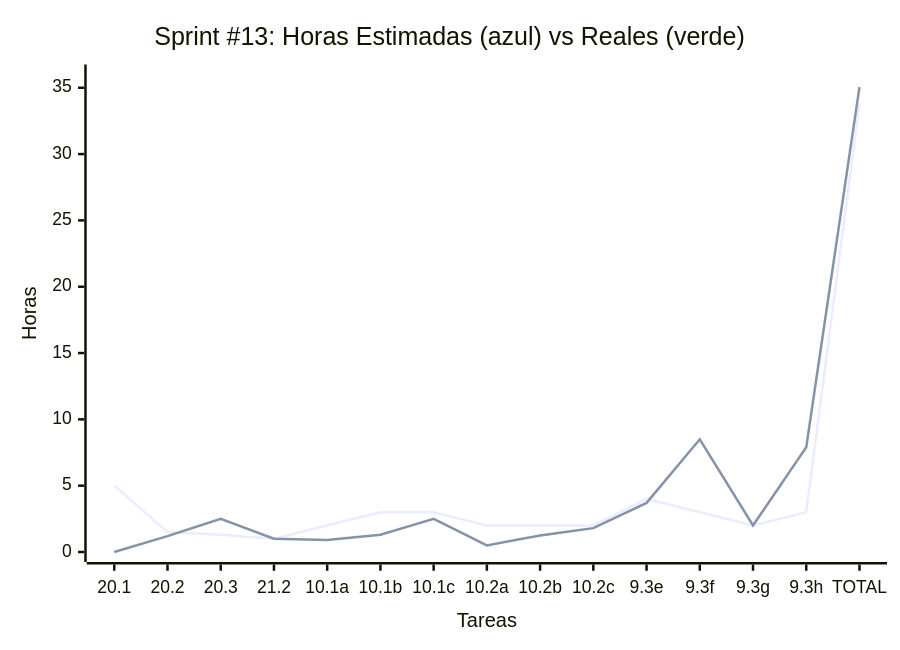
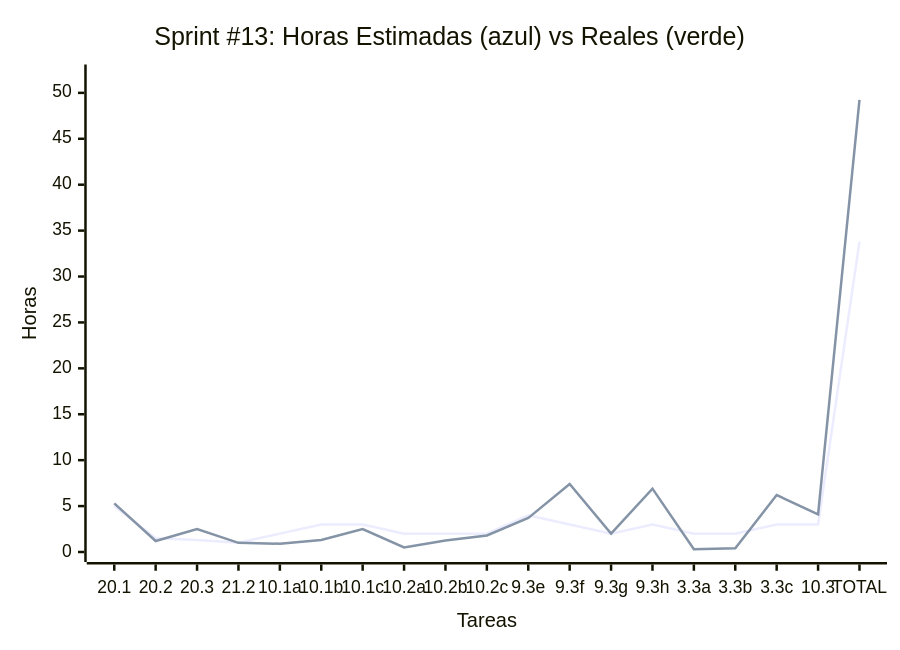
One commit to MarkMed/FleetMan changed diagram 13 of 13 in docs/SprintsPlanning.md. Above: the diagram before and after it, drawn with Mermaid. The commit also changed other lines of this file, not shown here.

````diff
--- a/docs/SprintsPlanning.md
+++ b/docs/SprintsPlanning.md
@@ -738,9 +738,9 @@
 ```mermaid
 xychart-beta
     title "Sprint #13: Horas Estimadas (azul) vs Reales (verde)"
-    x-axis "Tareas" ["20.1", "20.2", "20.3", "21.2", "10.1a", "10.1b", "10.1c", "10.2a", "10.2b", "10.2c", "9.3e", "9.3f", "9.3g", "9.3h", "TOTAL"]
-    y-axis "Horas" 0 --> 36
+    x-axis "Tareas" ["20.1", "20.2", "20.3", "21.2", "10.1a", "10.1b", "10.1c", "10.2a", "10.2b", "10.2c", "9.3e", "9.3f", "9.3g", "9.3h", "3.3a", "3.3b", "3.3c", "10.3", "TOTAL"]
+    y-axis "Horas" 0 --> 52
     
-    line [5, 1.5, 1.3, 1, 2, 3, 3, 2, 2, 2, 4, 3, 2, 3, 33.8]
-    line [0, 1.2, 2.5, 1, 0.9, 1.3, 2.5, 0.5, 1.25, 1.8, 3.7, 8.5, 2, 7.9, 35.05]
+    line [5, 1.5, 1.3, 1, 2, 3, 3, 2, 2, 2, 4, 3, 2, 3, 2, 2, 3, 3, 33.8]
+    line [5.3, 1.2, 2.5, 1, 0.9, 1.3, 2.5, 0.5, 1.25, 1.8, 3.7, 7.4, 2, 6.9, 0.3, 0.4, 6.2, 4.1, 49.25]
 ```
````
